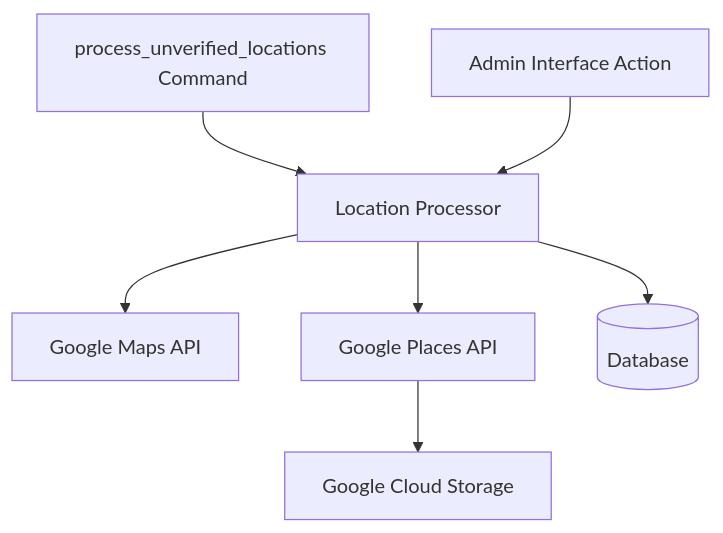
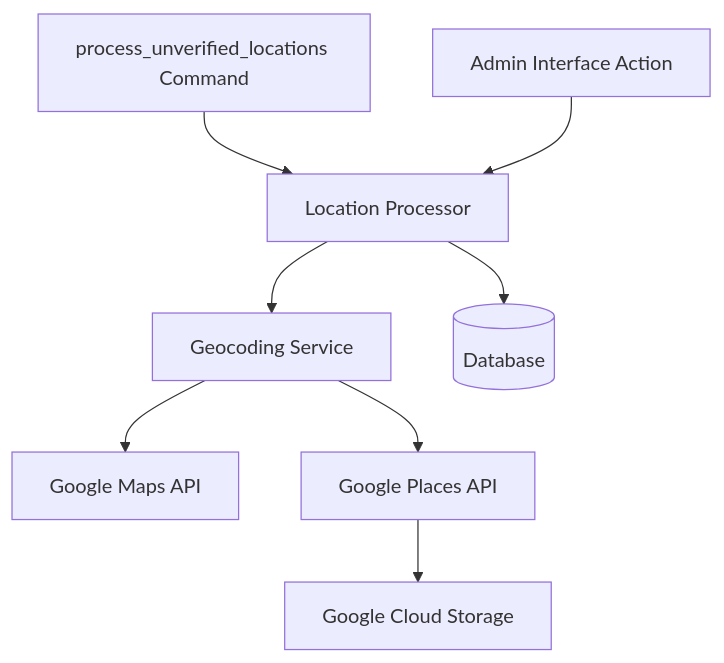
Before and after one commit to silvanm/owswims: diagram 12 of 13 in memory-bank/systemPatterns.md, drawn with Mermaid. The commit also changed other lines of this file and 33 other files, not shown here.

````diff
--- a/memory-bank/systemPatterns.md
+++ b/memory-bank/systemPatterns.md
@@ -345,17 +386,17 @@
 ```mermaid
 flowchart TD
     Command[process_unverified_locations Command]
     Admin[Admin Interface Action]
     Processor[Location Processor]
-    GoogleMaps[Google Maps API]
-    GooglePlaces[Google Places API]
+    GeocodingService[Geocoding Service]
     GCS[Google Cloud Storage]
     DB[(Database)]
     
     Command --> Processor
     Admin --> Processor
-    Processor --> GoogleMaps
-    Processor --> GooglePlaces
+    Processor --> GeocodingService
+    GeocodingService --> GoogleMaps[Google Maps API]
+    GeocodingService --> GooglePlaces[Google Places API]
     GooglePlaces --> GCS
     Processor --> DB
 ```
````
